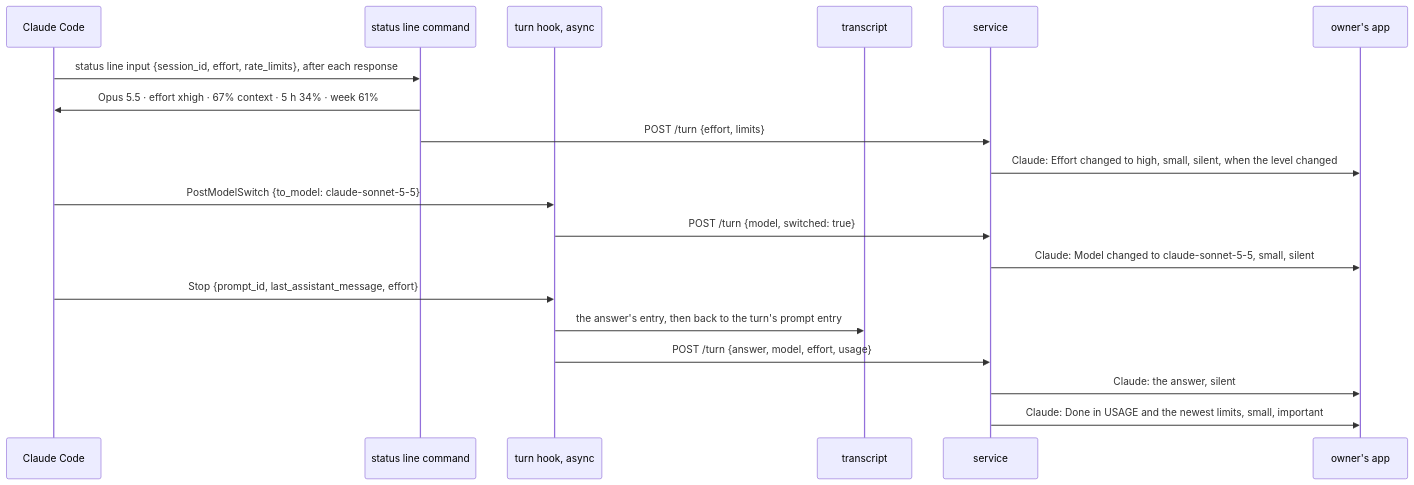
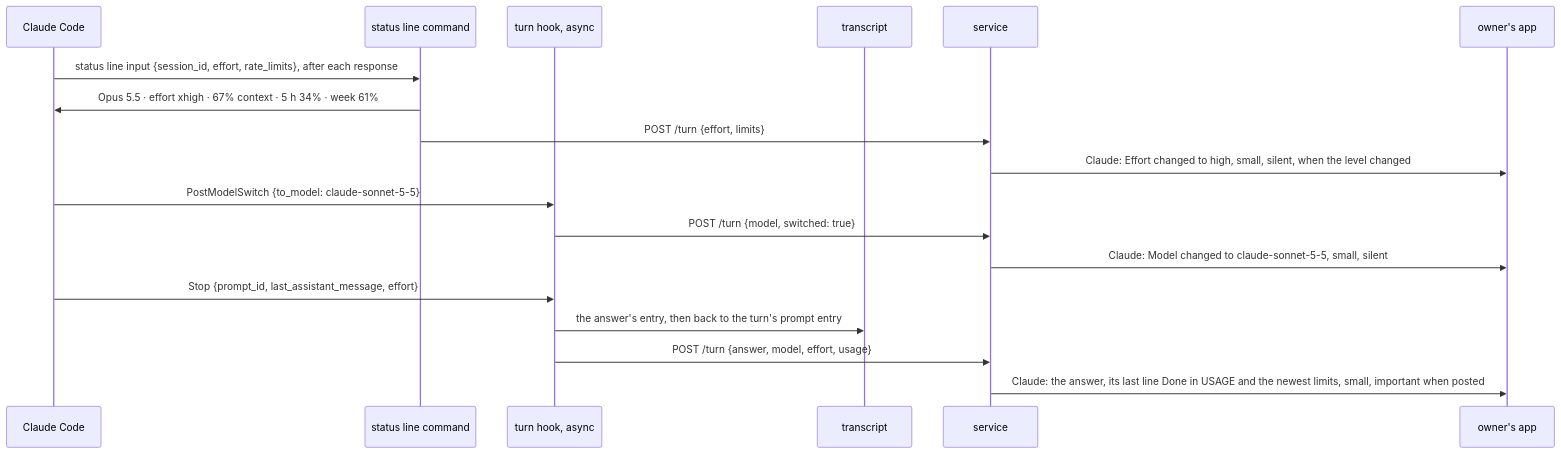
The first of 2 diagrams in plans/2026-11-13-mcp-session-usage.md (simplex-chat/simplex-chat), drawn with Mermaid before and after one commit. The commit also changed other lines of this file and 10 other files, not shown here.

````diff
--- a/plans/2026-11-13-mcp-session-usage.md
+++ b/plans/2026-11-13-mcp-session-usage.md
@@ -137,21 +157,20 @@
 ```mermaid
 sequenceDiagram
   participant CC as Claude Code
   participant SL as status line command
   participant HK as turn hook, async
   participant T as transcript
   participant D as service
   participant O as owner's app
   CC->>SL: status line input {session_id, effort, rate_limits}, after each response
   SL->>CC: Opus 5.5 · effort xhigh · 67% context · 5 h 34% · week 61%
   SL->>D: POST /turn {effort, limits}
   D->>O: Claude: Effort changed to high, small, silent, when the level changed
   CC->>HK: PostModelSwitch {to_model: claude-sonnet-5-5}
   HK->>D: POST /turn {model, switched: true}
   D->>O: Claude: Model changed to claude-sonnet-5-5, small, silent
   CC->>HK: Stop {prompt_id, last_assistant_message, effort}
   HK->>T: the answer's entry, then back to the turn's prompt entry
   HK->>D: POST /turn {answer, model, effort, usage}
-  D->>O: Claude: the answer, silent
-  D->>O: Claude: Done in USAGE and the newest limits, small, important
+  D->>O: Claude: the answer, its last line Done in USAGE and the newest limits, small, important when posted
 ```
````
